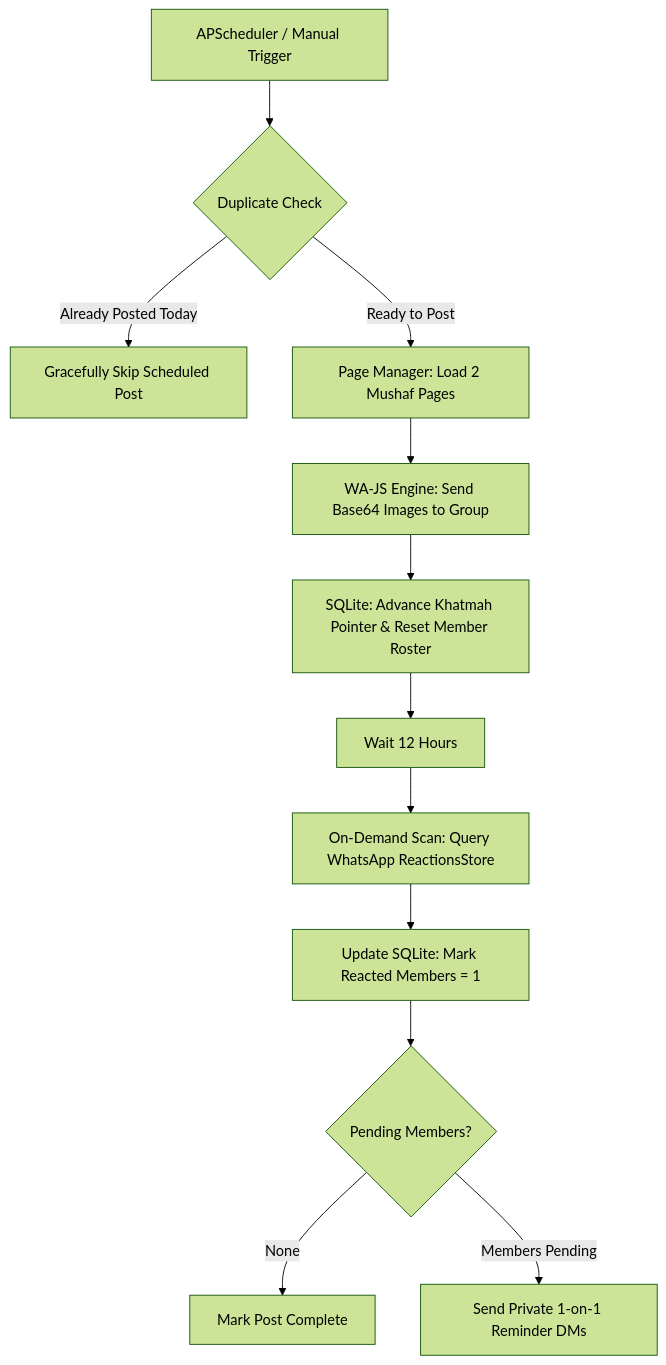
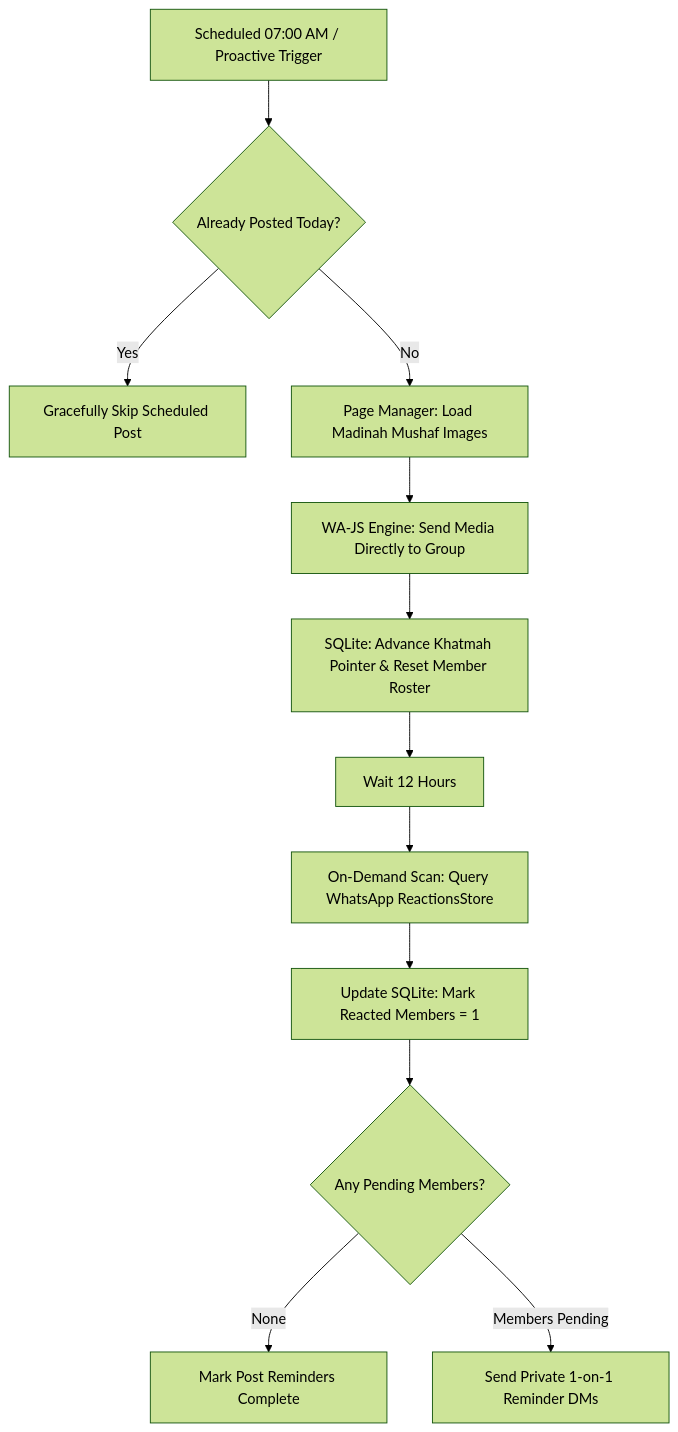
The diagram in README.md (muammera1/baba-quran), drawn with Mermaid (forest theme) before and after one commit. The commit also changed other lines of this file, not shown here.

````diff
--- a/README.md
+++ b/README.md
@@ -21,14 +96,14 @@
 ```mermaid
 flowchart TD
-    A[APScheduler / Manual Trigger] --> B{Duplicate Check}
-    B -- Already Posted Today --> C[Gracefully Skip Scheduled Post]
-    B -- Ready to Post --> D[Page Manager: Load 2 Mushaf Pages]
-    D --> E[WA-JS Engine: Send Base64 Images to Group]
+    A[Scheduled 07:00 AM / Proactive Trigger] --> B{Already Posted Today?}
+    B -- Yes --> C[Gracefully Skip Scheduled Post]
+    B -- No --> D[Page Manager: Load Madinah Mushaf Images]
+    D --> E[WA-JS Engine: Send Media Directly to Group]
     E --> F[SQLite: Advance Khatmah Pointer & Reset Member Roster]
     F --> G[Wait 12 Hours]
     G --> H[On-Demand Scan: Query WhatsApp ReactionsStore]
     H --> I[Update SQLite: Mark Reacted Members = 1]
-    I --> J{Pending Members?}
-    J -- None --> K[Mark Post Complete]
+    I --> J{Any Pending Members?}
+    J -- None --> K[Mark Post Reminders Complete]
     J -- Members Pending --> L[Send Private 1-on-1 Reminder DMs]
 ```
````
